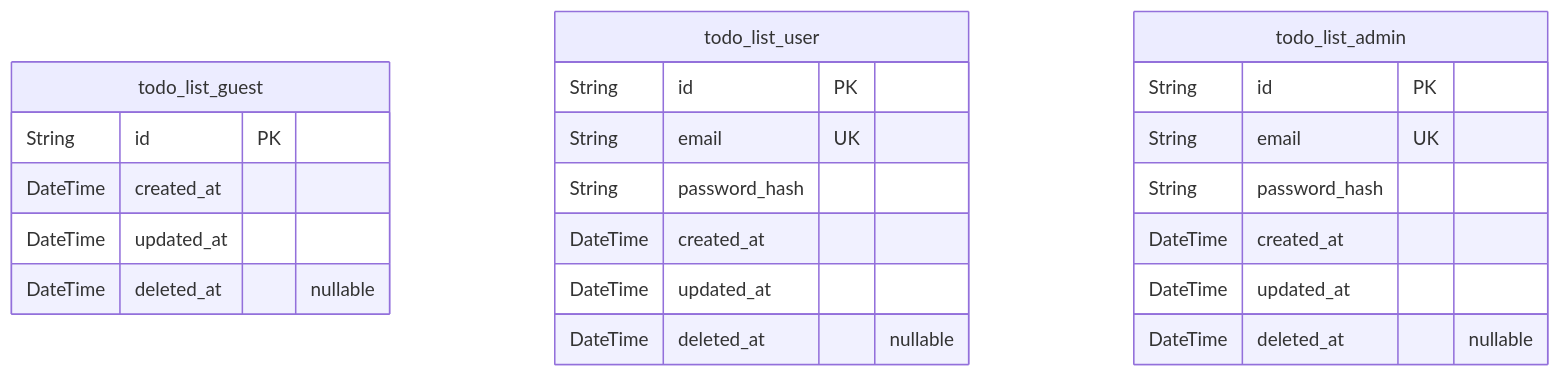
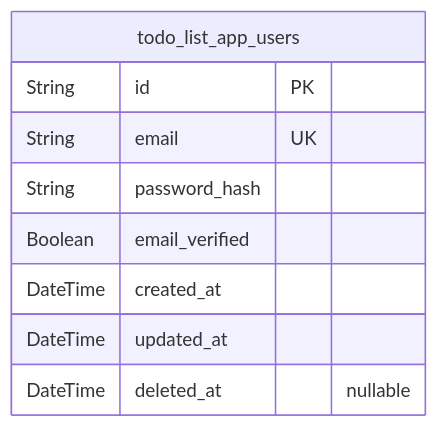
One commit to wrtnlabs/autobe-example-todo-openai-gpt-4.1-mini changed the first of 2 diagrams in docs/ERD.md. Above: the diagram before and after it, drawn with Mermaid. The commit also changed other lines of this file and 173 other files, not shown here.

````diff
--- a/docs/ERD.md
+++ b/docs/ERD.md
@@ -10,25 +10,12 @@
 ```mermaid
 erDiagram
-"todo_list_guest" {
-  String id PK
-  DateTime created_at
-  DateTime updated_at
-  DateTime deleted_at "nullable"
-}
-"todo_list_user" {
+"todo_list_app_users" {
   String id PK
   String email UK
   String password_hash
-  DateTime created_at
-  DateTime updated_at
-  DateTime deleted_at "nullable"
-}
-"todo_list_admin" {
-  String id PK
-  String email UK
-  String password_hash
+  Boolean email_verified
   DateTime created_at
   DateTime updated_at
   DateTime deleted_at "nullable"
 }
 ```
````
